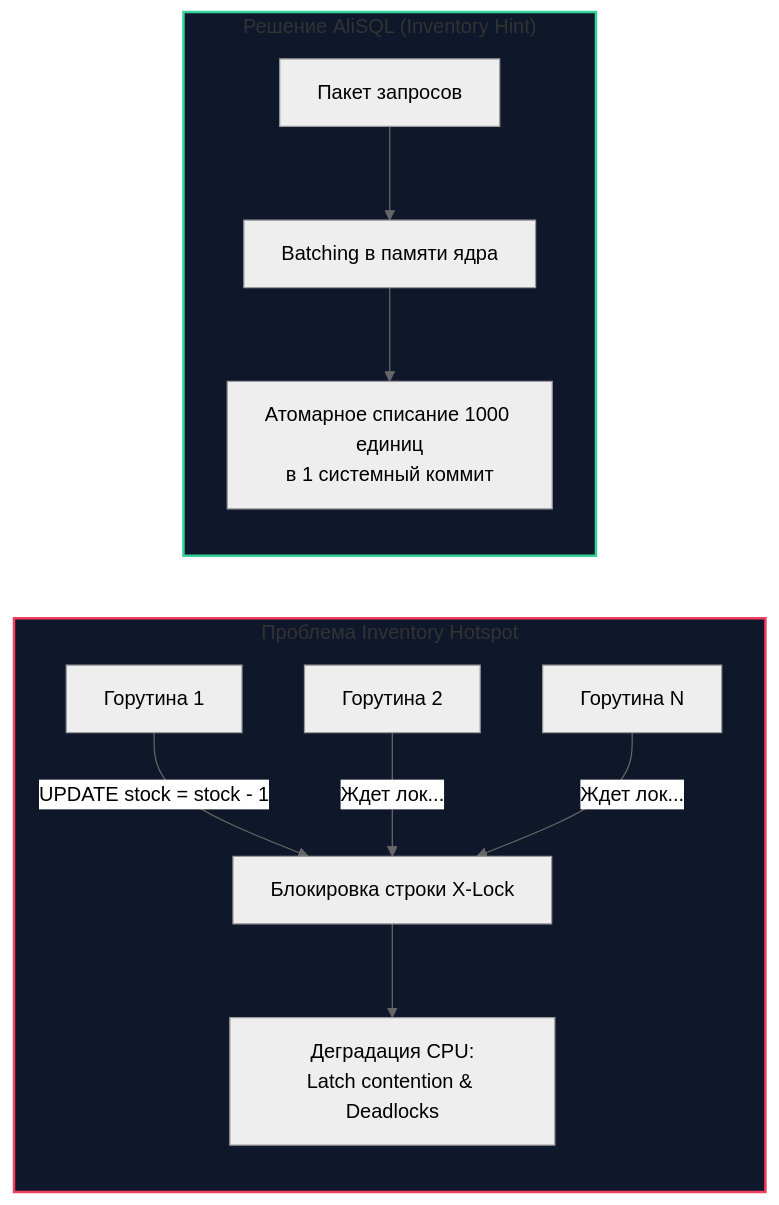
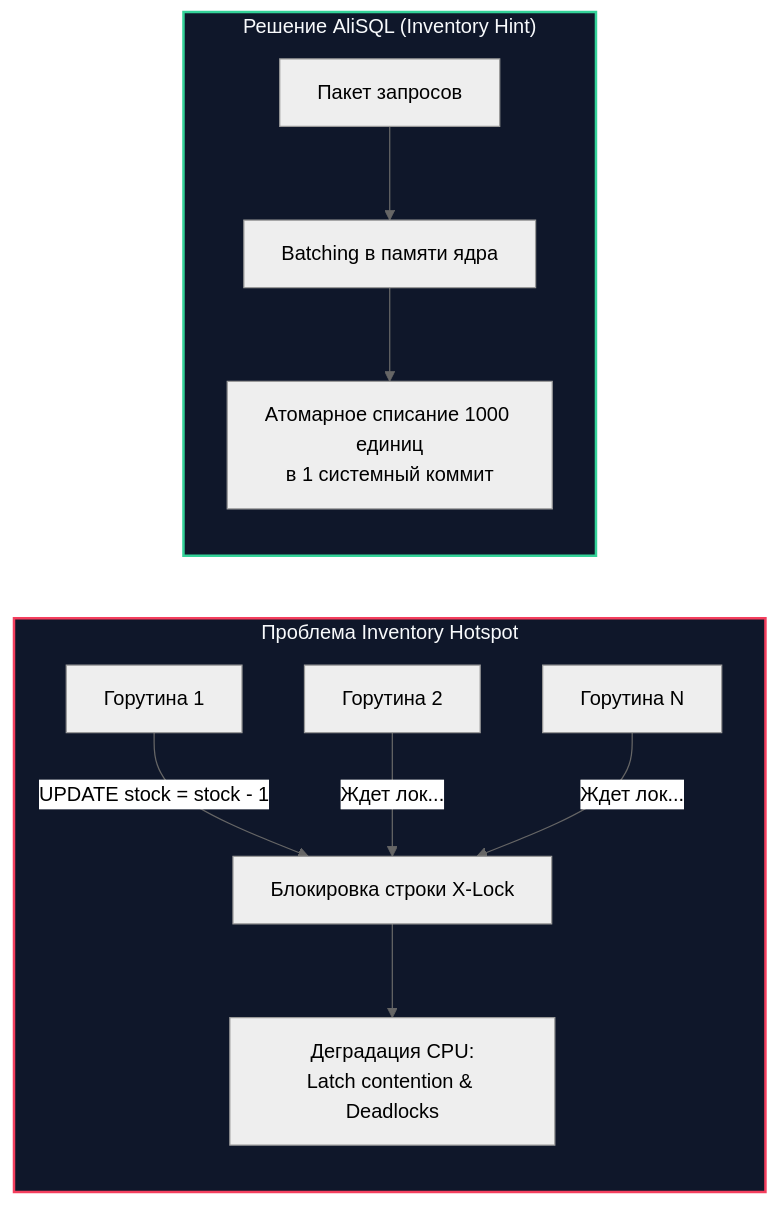
One commit to UnrealTemplier/go-textbook changed the first of 2 diagrams in sources/12. Базы данных/07. MySQL и форки/9. AliDB и облачные форки.md. Above: the diagram before and after it, drawn with Mermaid (neutral theme). The commit also changed other lines of this file and 310 other files, not shown here.

First line of the commit message:
fix(mermaid): replace light fill colors with dark palette for readability on dark theme

````diff
--- a/sources/12. Базы данных/07. MySQL и форки/9. AliDB и облачные форки.md
+++ b/sources/12. Базы данных/07. MySQL и форки/9. AliDB и облачные форки.md
@@ -15,17 +15,17 @@
 ```mermaid
 flowchart LR
     subgraph Hotspot ["Проблема Inventory Hotspot"]
         G1["Горутина 1"] -->|"UPDATE stock = stock - 1"| Lock["Блокировка строки X-Lock"]
         G2["Горутина 2"] -->|"Ждет лок..."| Lock
         G3["Горутина N"] -->|"Ждет лок..."| Lock
         Lock --> Contention["Деградация CPU:<br>Latch contention & Deadlocks"]
     end
 
     subgraph AliSolution ["Решение AliSQL (Inventory Hint)"]
         B1["Пакет запросов"] --> Batch["Batching в памяти ядра"]
         Batch --> SingleCommit["Атомарное списание 1000 единиц<br>в 1 системный коммит"]
     end
 
-    style Hotspot fill:#0f172a,stroke:#f43f5e,stroke-width:2px
-    style AliSolution fill:#0f172a,stroke:#34d399,stroke-width:2px
+    style Hotspot fill:#0f172a,stroke:#f43f5e,stroke-width:2px,color:#f8fafc
+    style AliSolution fill:#0f172a,stroke:#34d399,stroke-width:2px,color:#f8fafc
 ```
````
